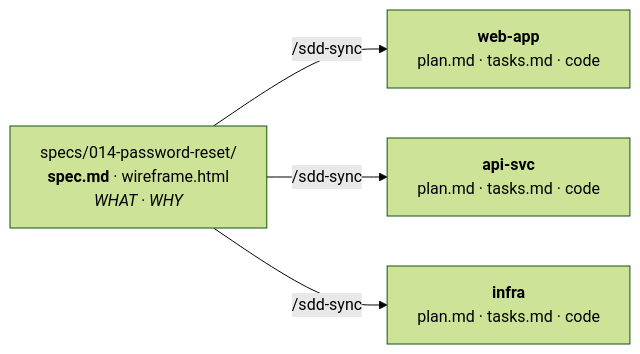
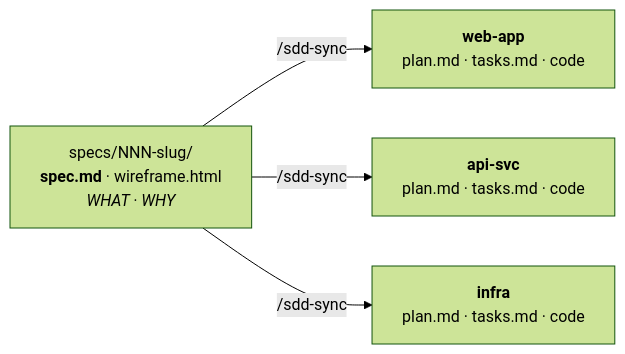
Before and after one commit to cabu0124/sdd-spec-template: the first of 3 diagrams in README.md, drawn with Mermaid (forest theme). The commit also changed other lines of this file and 9 other files, not shown here.

````diff
--- a/README.md
+++ b/README.md
@@ -19,12 +19,12 @@
 ```mermaid
 flowchart LR
-  spec["specs/014-password-reset/<br><b>spec.md</b> · wireframe.html<br><i>WHAT · WHY</i>"]
+  spec["specs/NNN-slug/<br><b>spec.md</b> · wireframe.html<br><i>WHAT · WHY</i>"]
 
   web["<b>web-app</b><br>plan.md · tasks.md · code"]
   api["<b>api-svc</b><br>plan.md · tasks.md · code"]
   infra["<b>infra</b><br>plan.md · tasks.md · code"]
 
   spec -- "/sdd-sync" --> web
   spec -- "/sdd-sync" --> api
   spec -- "/sdd-sync" --> infra
 ```
````
